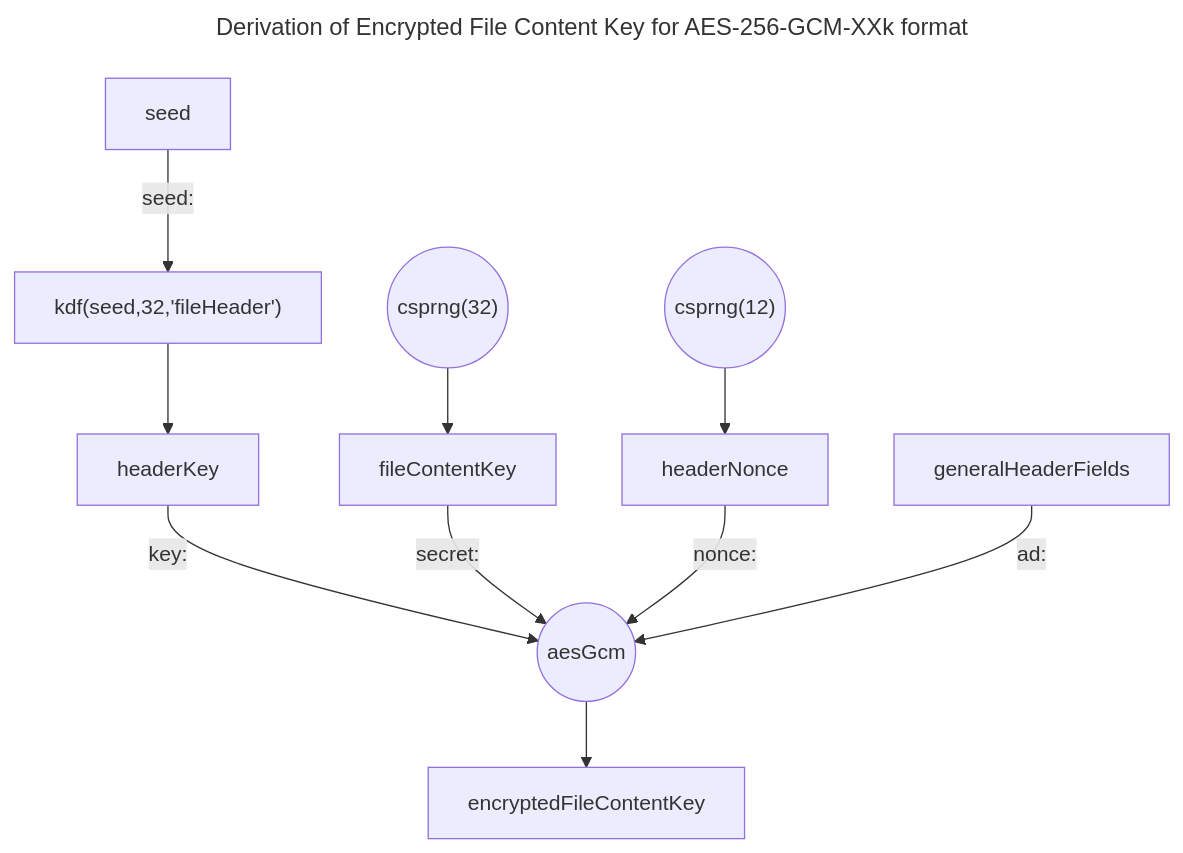
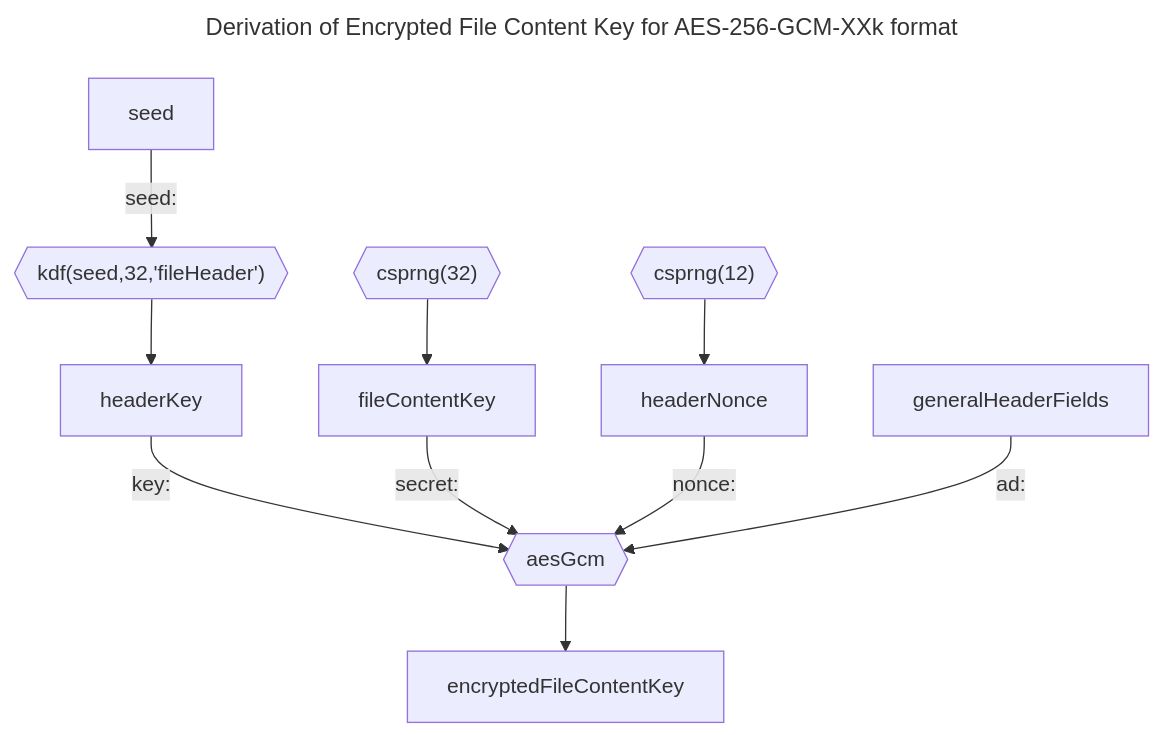
One commit to encryption-alliance/unified-vault-format changed the first of 2 diagrams in file content encryption/AES-256-GCM.md. Above: the diagram before and after it, drawn with Mermaid. The commit also changed 1 other file, not shown here.

Commit message:
Overview Directory Name Encryption. Use hexagon instead of circle for function to save space.

````diff
--- a/file content encryption/AES-256-GCM.md
+++ b/file content encryption/AES-256-GCM.md
@@ -21,19 +21,19 @@
 ```mermaid
 ---
 title: Derivation of Encrypted File Content Key for AES-256-GCM-XXk format
 ---
 flowchart TD
     seed -->|seed:| kdf0
-    kdf0["kdf(seed,32,'fileHeader')"]
+    kdf0{{"kdf(seed,32,'fileHeader')"}}
     kdf0 --> headerKey
     headerKey -->|key:| aesGcm
-    aesGcm((aesGcm))
+    aesGcm{{aesGcm}}
     aesGcm --> encryptedFileContentKey
-    csprng32(("csprng(32)"))
+    csprng32{{"csprng(32)"}}
     csprng32 --> fileContentKey
     fileContentKey -->|secret:| aesGcm
-    csprng12(("csprng(12)"))
+    csprng12{{"csprng(12)"}}
     csprng12 --> headerNonce
     headerNonce -->|nonce:| aesGcm
     generalHeaderFields -->|ad:| aesGcm
 ```
````
